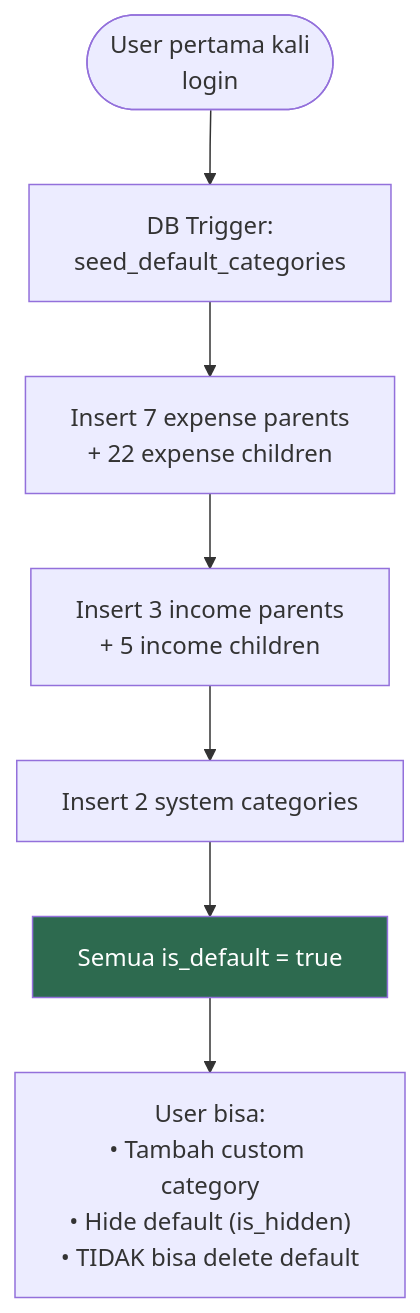
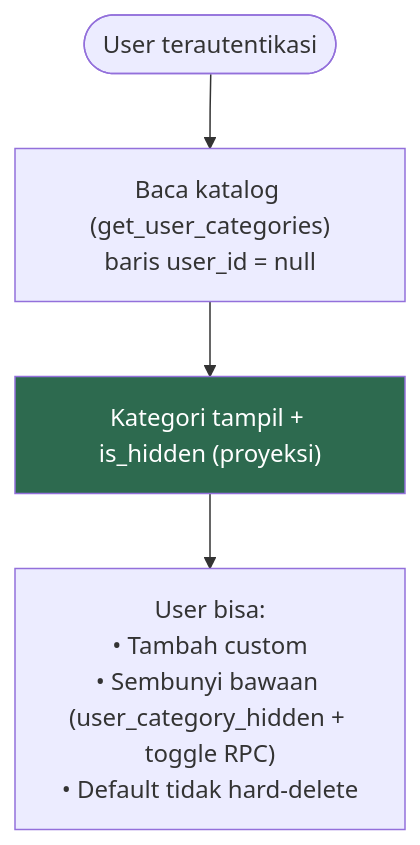
One commit to achyusuf10/Saku-Rapi-Mobile changed the diagram in My-Wiki/raw/docs/prd/21_KATEGORI_DEFAULT.md. Above: the diagram before and after it, drawn with Mermaid. The commit also changed other lines of this file and 37 other files, not shown here.

````diff
--- a/My-Wiki/raw/docs/prd/21_KATEGORI_DEFAULT.md
+++ b/My-Wiki/raw/docs/prd/21_KATEGORI_DEFAULT.md
@@ -36,12 +38,8 @@
 ```mermaid
 flowchart TD
-    A([User pertama kali\nlogin]) --> B["DB Trigger:\nseed_default_categories"]
-    B --> C["Insert 7 expense parents\n+ 22 expense children"]
-    C --> D["Insert 3 income parents\n+ 5 income children"]
-    D --> E["Insert 2 system categories"]
-    E --> F["Semua is_default = true"]
+    A([User terautentikasi]) --> B["Baca katalog (get_user_categories)\nbaris user_id = null"]
+    B --> C["Kategori tampil + is_hidden (proyeksi)"]
+    C --> D["User bisa:\n• Tambah custom\n• Sembunyi bawaan (user_category_hidden + toggle RPC)\n• Default tidak hard-delete"]
 
-    F --> G["User bisa:\n• Tambah custom category\n• Hide default (is_hidden)\n• TIDAK bisa delete default"]
-
-    style F fill:#2d6a4f,color:#fff
+    style C fill:#2d6a4f,color:#fff
 ```
````
